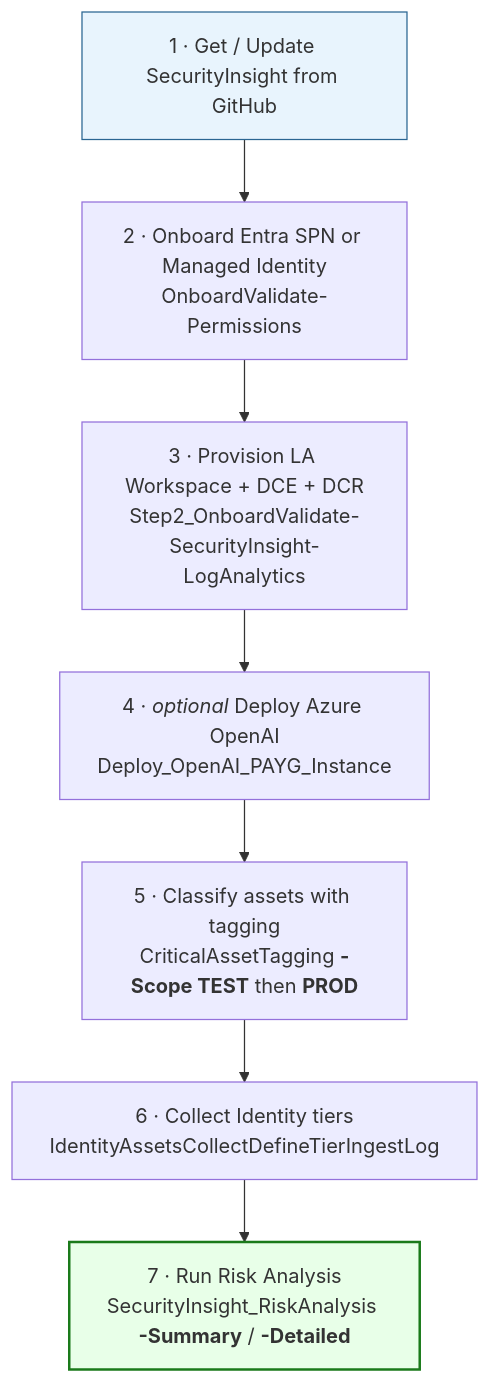
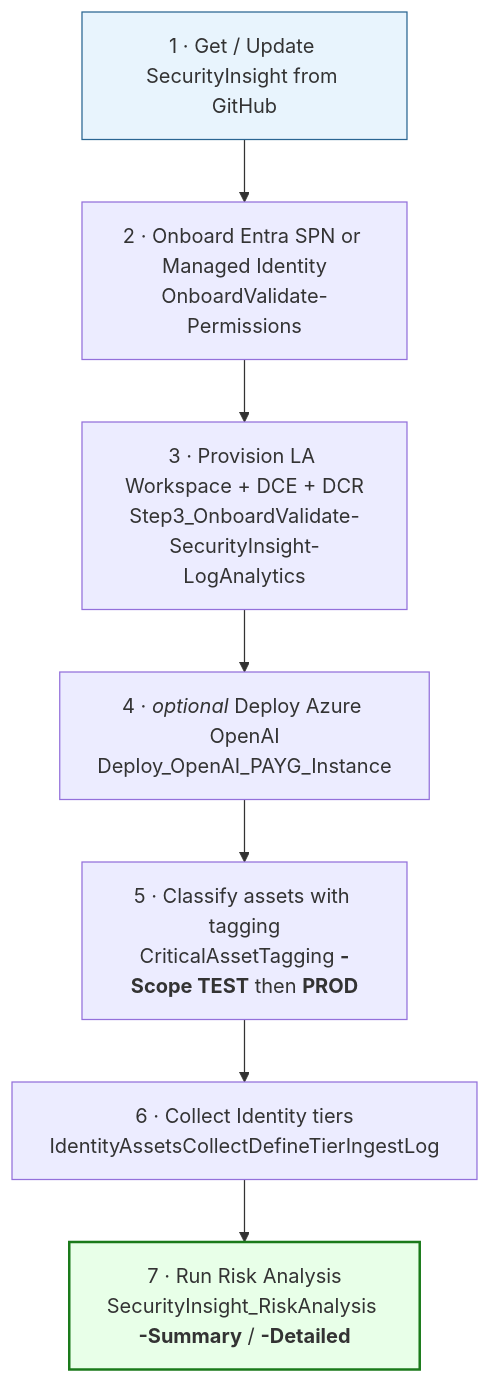
Before and after one commit to KnudsenMorten/SecurityInsight: the third of 7 diagrams in README.md, drawn with Mermaid. The commit also changed other lines of this file and 28 other files, not shown here.

Commit message:
Publish SecurityInsight@2.1.72 from upstream monorepo

````diff
--- a/README.md
+++ b/README.md
@@ -256,11 +256,11 @@
 ```mermaid
 flowchart TD
     S1[1 · Get / Update SecurityInsight from GitHub] --> S2[2 · Onboard Entra SPN or Managed Identity<br/>OnboardValidate-Permissions]
-    S2 --> S3[3 · Provision LA Workspace + DCE + DCR<br/>Step2_OnboardValidate-SecurityInsight-LogAnalytics]
+    S2 --> S3[3 · Provision LA Workspace + DCE + DCR<br/>Step3_OnboardValidate-SecurityInsight-LogAnalytics]
     S3 --> S4[4 · <i>optional</i> Deploy Azure OpenAI<br/>Deploy_OpenAI_PAYG_Instance]
     S4 --> S5[5 · Classify assets with tagging<br/>CriticalAssetTagging <b>-Scope TEST</b> then <b>PROD</b>]
     S5 --> S6[6 · Collect Identity tiers<br/>IdentityAssetsCollectDefineTierIngestLog]
     S6 --> S7[7 · Run Risk Analysis<br/>SecurityInsight_RiskAnalysis <b>-Summary</b> / <b>-Detailed</b>]
     style S1 fill:#e8f4fd,stroke:#2a6592
     style S7 fill:#e8ffe8,stroke:#1a7a1a,stroke-width:2px
 ```
````
